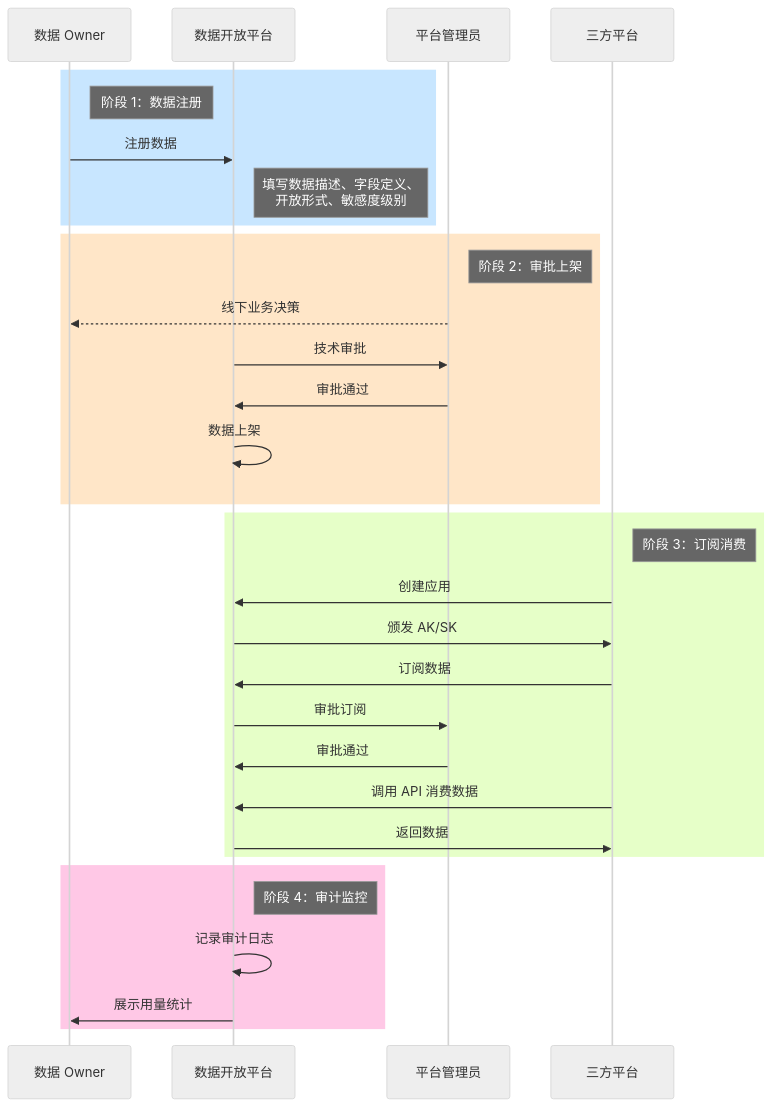
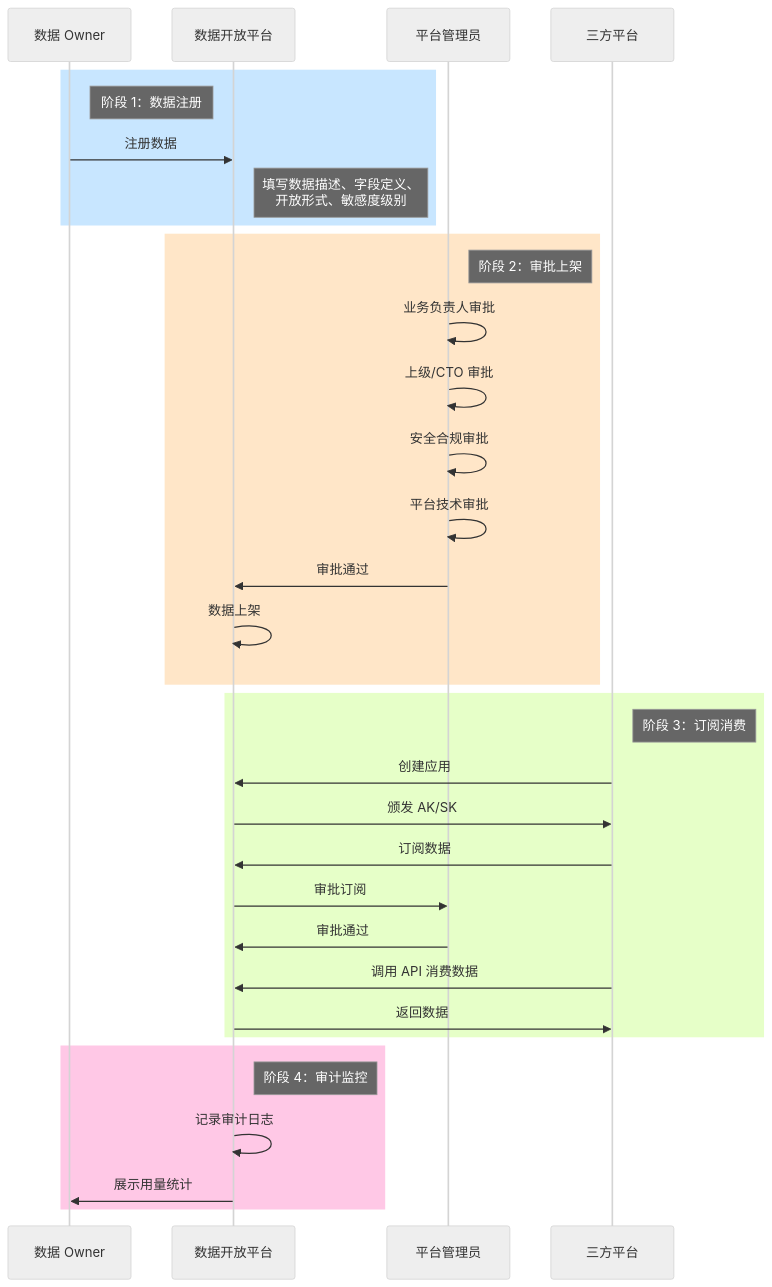
Before and after one commit to THZSummer/Product: the seventh of 10 diagrams in open-app/.specs/feature-session-001/discovery-report.md, drawn with Mermaid (neutral theme). The commit also changed other lines of this file, not shown here.

````diff
--- a/open-app/.specs/feature-session-001/discovery-report.md
+++ b/open-app/.specs/feature-session-001/discovery-report.md
@@ -269,38 +271,40 @@
 ```mermaid
 sequenceDiagram
     participant Owner as 数据 Owner
     participant Platform as 数据开放平台
     participant Admin as 平台管理员
     participant Consumer as 三方平台
     
     rect rgb(200, 230, 255)
         note right of Owner: 阶段 1：数据注册
         Owner->>Platform: 注册数据
         note right of Platform: 填写数据描述、字段定义、<br/>开放形式、敏感度级别
     end
     
     rect rgb(255, 230, 200)
         note right of Admin: 阶段 2：审批上架
-        Admin-->>Owner: 线下业务决策
-        Platform->>Admin: 技术审批
+        Admin->>Admin: 业务负责人审批
+        Admin->>Admin: 上级/CTO 审批
+        Admin->>Admin: 安全合规审批
+        Admin->>Admin: 平台技术审批
         Admin->>Platform: 审批通过
         Platform->>Platform: 数据上架
     end
     
     rect rgb(230, 255, 200)
         note right of Consumer: 阶段 3：订阅消费
         Consumer->>Platform: 创建应用
         Platform->>Consumer: 颁发 AK/SK
         Consumer->>Platform: 订阅数据
         Platform->>Admin: 审批订阅
         Admin->>Platform: 审批通过
         Consumer->>Platform: 调用 API 消费数据
         Platform->>Consumer: 返回数据
     end
     
     rect rgb(255, 200, 230)
         note right of Platform: 阶段 4：审计监控
         Platform->>Platform: 记录审计日志
         Platform->>Owner: 展示用量统计
     end
 ```
````
